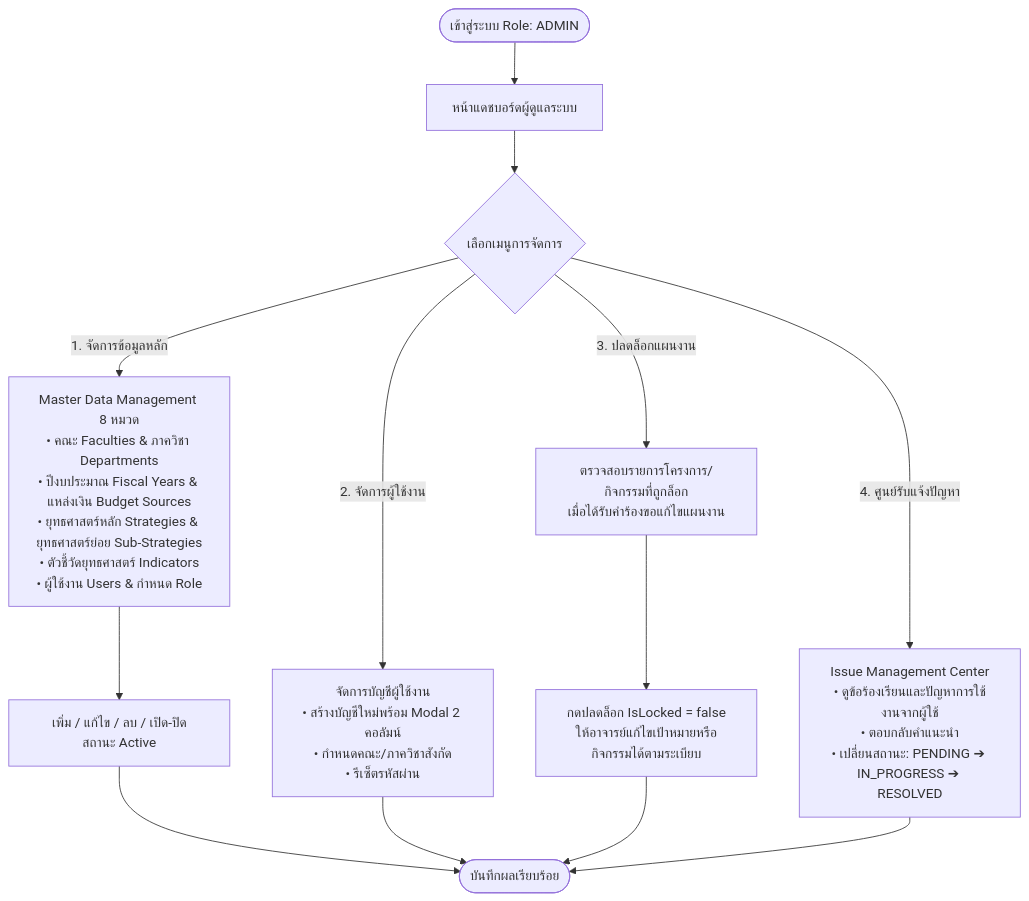
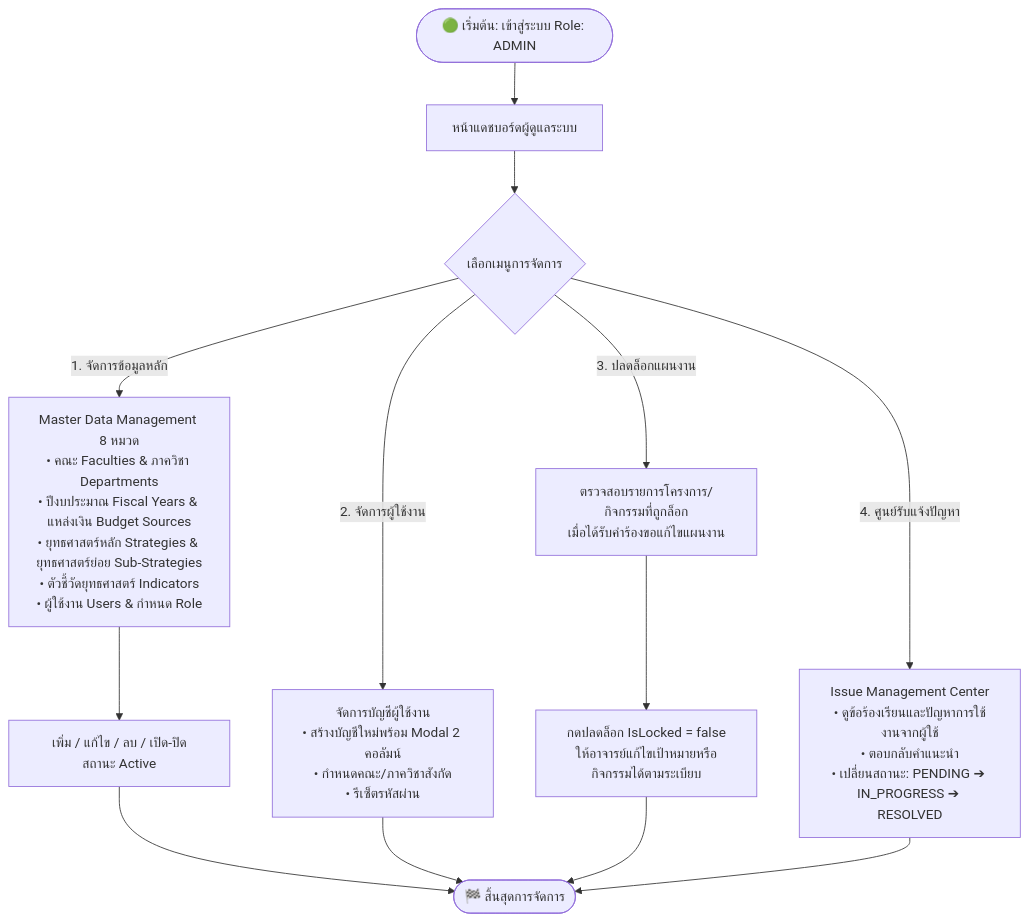
One commit to teeraphonn/bru-strategic-tracking changed the fifth of 7 diagrams in flowchart.md. Above: the diagram before and after it, drawn with Mermaid. The commit also changed other lines of this file, not shown here.

Commit message:
Docs(SA): Refine system flowchart with explicit start-end nodes, database storage, and linear flow

````diff
--- a/flowchart.md
+++ b/flowchart.md
@@ -234,25 +248,25 @@
 ```mermaid
 flowchart TD
-    A_Start([เข้าสู่ระบบ Role: ADMIN]) --> A_Dash[หน้าแดชบอร์ดผู้ดูแลระบบ]
+    A_Start([🟢 เริ่มต้น: เข้าสู่ระบบ Role: ADMIN]) --> A_Dash[หน้าแดชบอร์ดผู้ดูแลระบบ]
     
     A_Dash --> A_Menu{เลือกเมนูการจัดการ}
     
     %% Master Data
     A_Menu -->|1. จัดการข้อมูลหลัก| A_Master[Master Data Management 8 หมวด<br/>• คณะ Faculties & ภาควิชา Departments<br/>• ปีงบประมาณ Fiscal Years & แหล่งเงิน Budget Sources<br/>• ยุทธศาสตร์หลัก Strategies & ยุทธศาสตร์ย่อย Sub-Strategies<br/>• ตัวชี้วัดยุทธศาสตร์ Indicators<br/>• ผู้ใช้งาน Users & กำหนด Role]
     A_Master --> A_CRUD[เพิ่ม / แก้ไข / ลบ / เปิด-ปิดสถานะ Active]
     
     %% User Management
     A_Menu -->|2. จัดการผู้ใช้งาน| A_Users[จัดการบัญชีผู้ใช้งาน<br/>• สร้างบัญชีใหม่พร้อม Modal 2 คอลัมน์<br/>• กำหนดคณะ/ภาควิชาสังกัด<br/>• รีเซ็ตรหัสผ่าน]
     
     %% Plan Unlock
     A_Menu -->|3. ปลดล็อกแผนงาน| A_Unlock[ตรวจสอบรายการโครงการ/กิจกรรมที่ถูกล็อก<br/>เมื่อได้รับคำร้องขอแก้ไขแผนงาน]
     A_Unlock --> A_DoUnlock[กดปลดล็อก IsLocked = false<br/>ให้อาจารย์แก้ไขเป้าหมายหรือกิจกรรมได้ตามระเบียบ]
     
     %% Issue Tracker
     A_Menu -->|4. ศูนย์รับแจ้งปัญหา| A_Issues[Issue Management Center<br/>• ดูข้อร้องเรียนและปัญหาการใช้งานจากผู้ใช้<br/>• ตอบกลับคำแนะนำ<br/>• เปลี่ยนสถานะ: PENDING ➔ IN_PROGRESS ➔ RESOLVED]
     
-    A_CRUD --> A_End([บันทึกผลเรียบร้อย])
+    A_CRUD --> A_End([🏁 สิ้นสุดการจัดการ])
     A_Users --> A_End
     A_DoUnlock --> A_End
     A_Issues --> A_End
 ```
````
